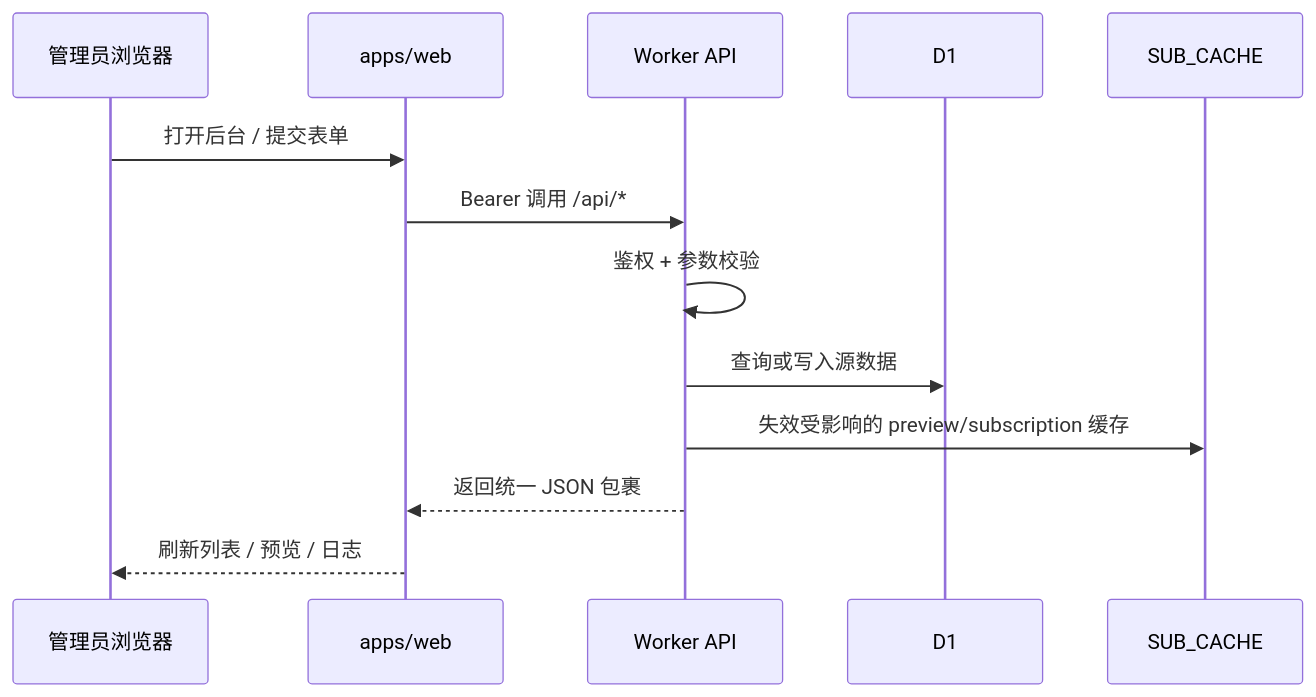
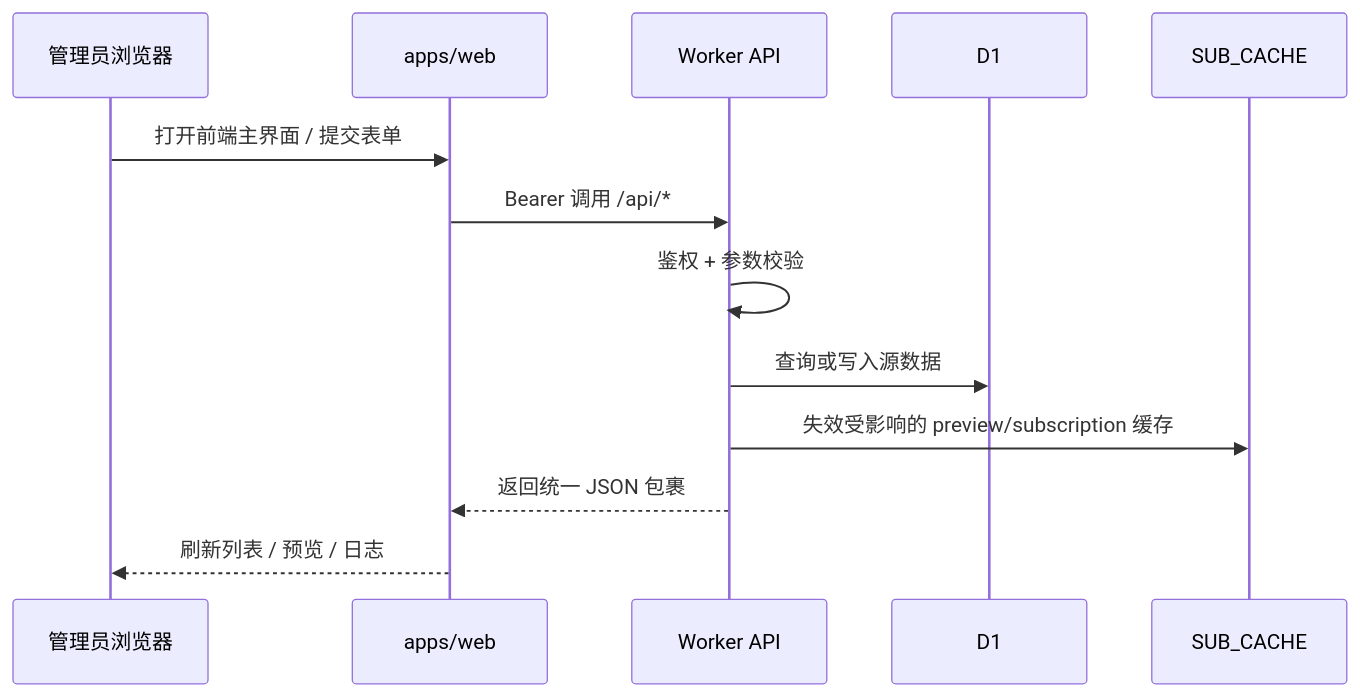
The second of 5 diagrams in docs/架构图与ER图.md (aliom-v/SubForge), drawn with Mermaid before and after one commit. The commit also changed other lines of this file and 23 other files, not shown here.

````diff
--- a/docs/架构图与ER图.md
+++ b/docs/架构图与ER图.md
@@ -94,16 +94,16 @@
 ```mermaid
 sequenceDiagram
   participant A as 管理员浏览器
   participant W as apps/web
   participant API as Worker API
   participant DB as D1
   participant KV as SUB_CACHE
 
-  A->>W: 打开后台 / 提交表单
+  A->>W: 打开前端主界面 / 提交表单
   W->>API: Bearer 调用 /api/*
   API->>API: 鉴权 + 参数校验
   API->>DB: 查询或写入源数据
   API->>KV: 失效受影响的 preview/subscription 缓存
   API-->>W: 返回统一 JSON 包裹
   W-->>A: 刷新列表 / 预览 / 日志
 ```
````
